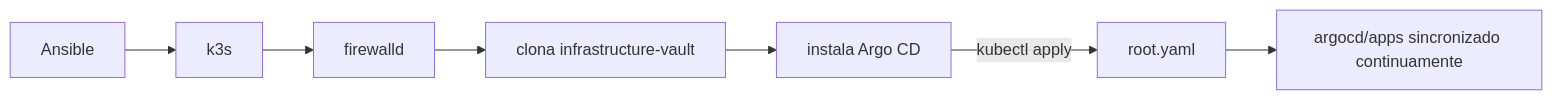
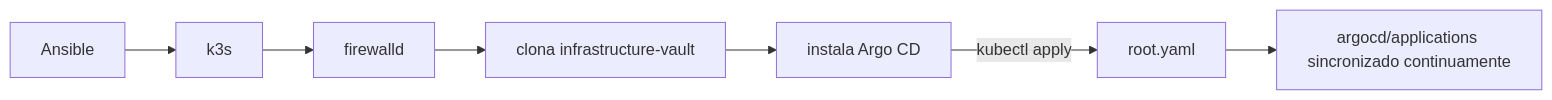
One commit to ladesa-ro/infrastructure changed the first of 2 diagrams in docs/index.md. Above: the diagram before and after it, drawn with Mermaid. The commit also changed other lines of this file and 56 other files, not shown here.

Commit message:
refactor(argocd): rename apps to applications and foundation to apps

````diff
--- a/docs/index.md
+++ b/docs/index.md
@@ -7,7 +7,7 @@
 ```mermaid
 flowchart LR
     Ansible[Ansible] --> K3s[k3s] --> FW[firewalld] --> Vault[clona infrastructure-vault]
     Vault --> ArgoCD[instala Argo CD]
     ArgoCD -->|kubectl apply| Root[root.yaml]
-    Root --> Apps[argocd/apps sincronizado continuamente]
+    Root --> Apps[argocd/applications sincronizado continuamente]
 ```
````
